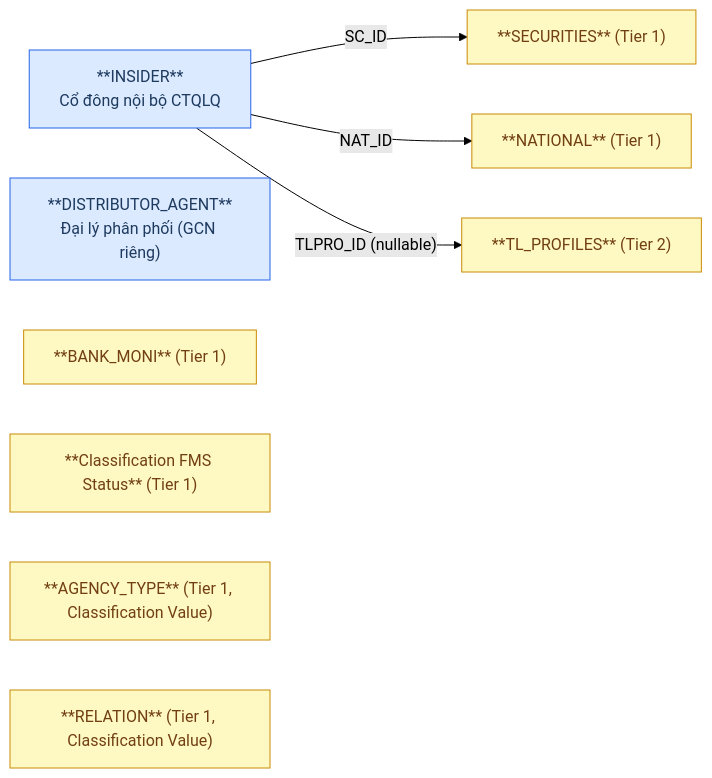
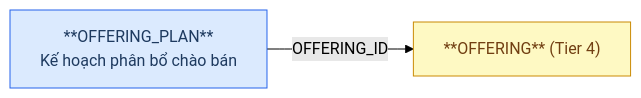
The first of 2 diagrams in DataModel/working/Atomic/hld/FMS_HLD_Tier5.md (linhlvit/ubck_atomic_design), drawn with Mermaid (forest theme) before and after one commit. The commit also changed other lines of this file and 351 other files, not shown here.

````diff
--- a/DataModel/working/Atomic/hld/FMS_HLD_Tier5.md
+++ b/DataModel/working/Atomic/hld/FMS_HLD_Tier5.md
@@ -25,20 +21,11 @@
 ```mermaid
 graph LR
     classDef src fill:#dbeafe,stroke:#2563eb,color:#1e3a5f
     classDef outscope fill:#fef9c3,stroke:#ca8a04,color:#713f12
 
-    INSIDER["**INSIDER**\nCổ đông nội bộ CTQLQ"]:::src
-    DISTRIBUTOR_AGENT["**DISTRIBUTOR_AGENT**\nĐại lý phân phối (GCN riêng)"]:::src
+    OFFERING_PLAN["**OFFERING_PLAN**\nKế hoạch phân bổ chào bán"]:::src
 
-    SECURITIES["**SECURITIES** (Tier 1)"]:::outscope
-    BANK_MONI["**BANK_MONI** (Tier 1)"]:::outscope
-    NATIONAL["**NATIONAL** (Tier 1)"]:::outscope
-    STATUS["**Classification FMS Status** (Tier 1)"]:::outscope
-    AGENCY_TYPE["**AGENCY_TYPE** (Tier 1, Classification Value)"]:::outscope
-    RELATION["**RELATION** (Tier 1, Classification Value)"]:::outscope
-    TL_PROFILES["**TL_PROFILES** (Tier 2)"]:::outscope
+    OFFERING["**OFFERING** (Tier 4)"]:::outscope
 
-    INSIDER -->|"SC_ID"| SECURITIES
-    INSIDER -->|"NAT_ID"| NATIONAL
-    INSIDER -->|"TLPRO_ID (nullable)"| TL_PROFILES
+    OFFERING_PLAN -->|"OFFERING_ID"| OFFERING
 ```
````
